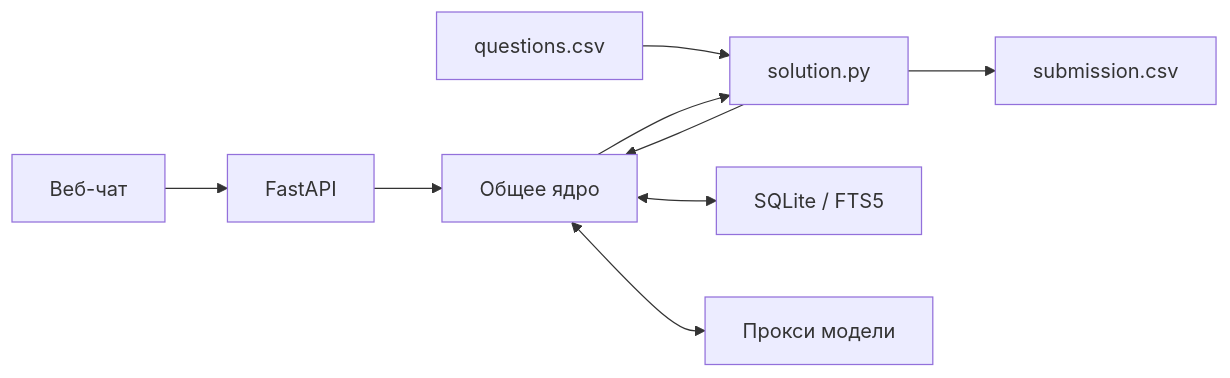
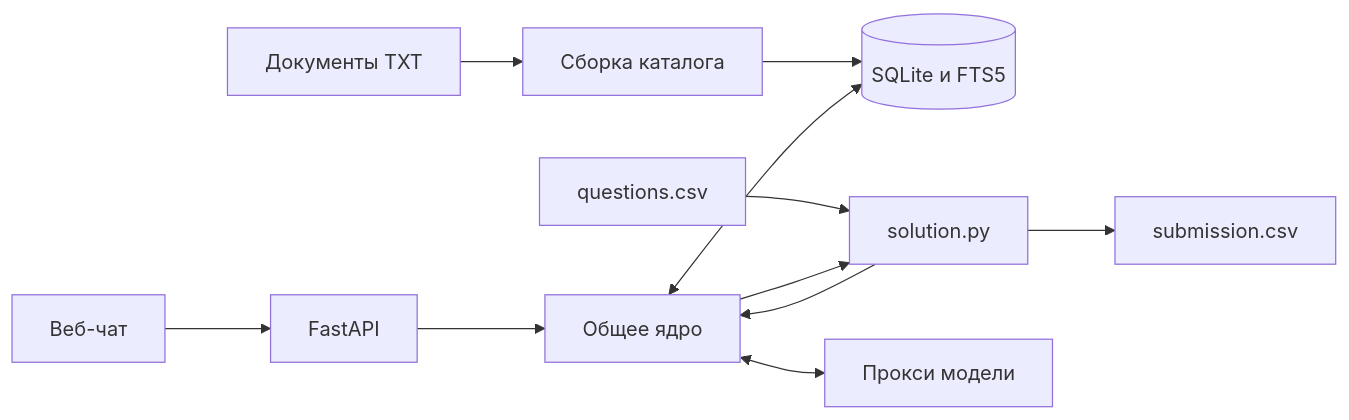
Before and after one commit to vakenris/hack-and-change-2026: the diagram in README.md, drawn with Mermaid. The commit also changed other lines of this file and 23 other files, not shown here.

````diff
--- a/README.md
+++ b/README.md
@@ -31,11 +59,13 @@
 ```mermaid
 flowchart LR
+    Raw["Документы TXT"] --> Build["Сборка каталога"]
+    Build --> DB[("SQLite и FTS5")]
     Web["Веб-чат"] --> API["FastAPI"]
     API --> Core["Общее ядро"]
-    CSV["questions.csv"] --> CLI["solution.py"]
+    Q["questions.csv"] --> CLI["solution.py"]
     CLI --> Core
     Core --> CLI
-    CLI --> Result["submission.csv"]
-    Core <--> DB["SQLite / FTS5"]
+    CLI --> A["submission.csv"]
+    Core <--> DB
     Core <--> LLM["Прокси модели"]
 ```
````
